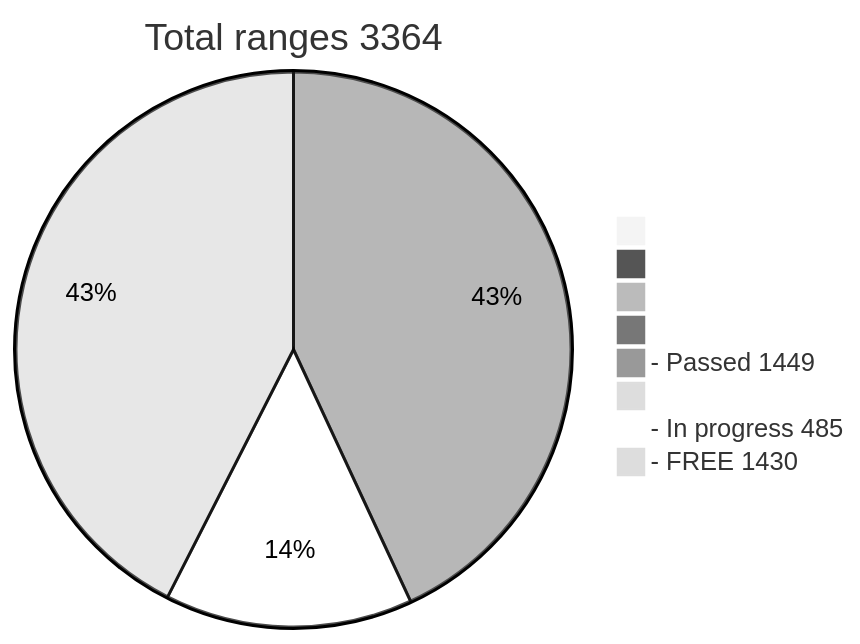
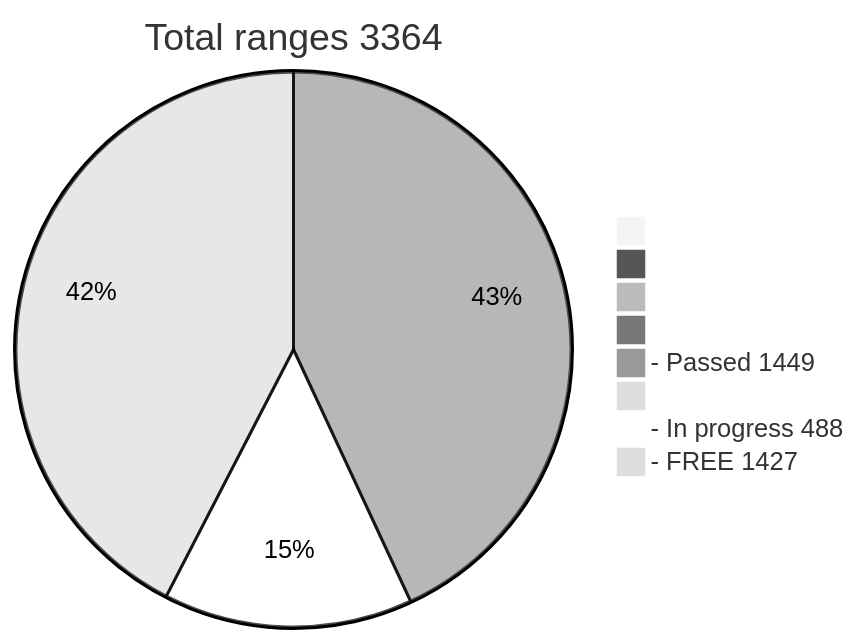
Before and after one commit to phrutis/wif500: the diagram in README.md, drawn with Mermaid (neutral theme).

````diff
--- a/README.md
+++ b/README.md
@@ -16,12 +16,12 @@
 ```mermaid
 pie title Total ranges 3364
              " " : 0
             "  " : 0
            "   " : 0
           "    " : 0
   "- Passed 1449" : 1449
          "     " : 0
-  "- In progress 485" : 485
-   "- FREE 1430" : 1430
+  "- In progress 488" : 488
+   "- FREE 1427" : 1427
    
 ```
````
